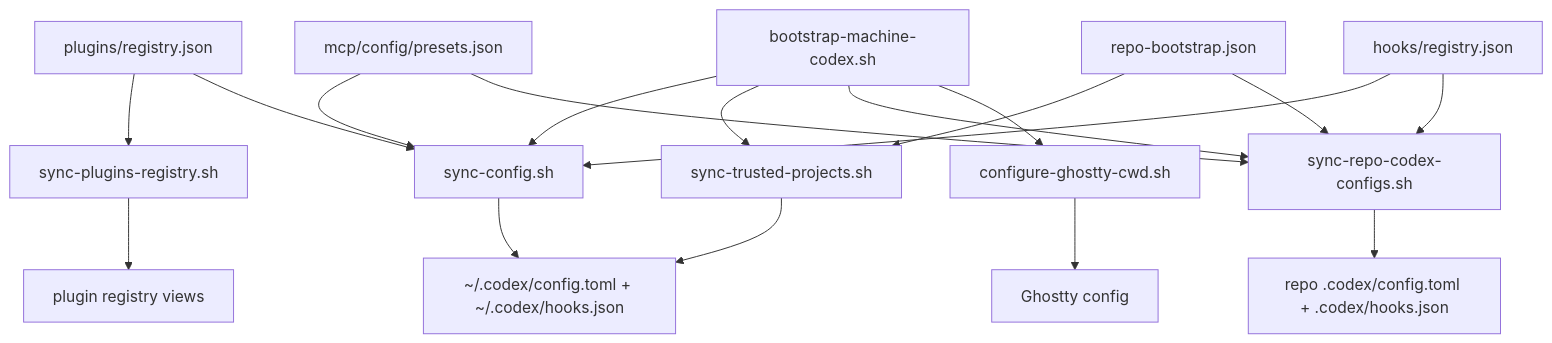
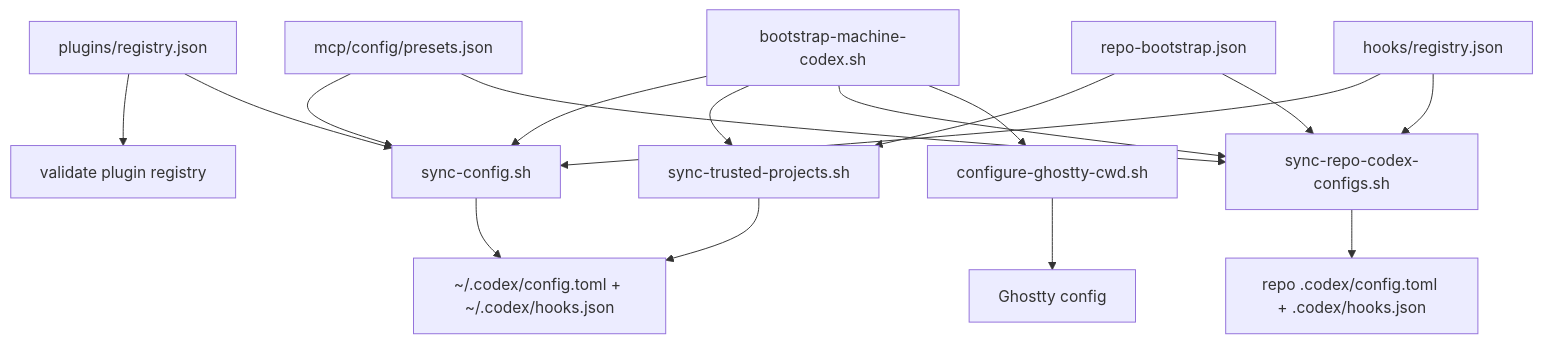
The first of 4 diagrams in docs/architecture/codex-control-plane-script-flows.md (wisdom-in-a-nutshell/.agents), drawn with Mermaid before and after one commit. The commit also changed other lines of this file and 134 other files, not shown here.

````diff
--- a/docs/architecture/codex-control-plane-script-flows.md
+++ b/docs/architecture/codex-control-plane-script-flows.md
@@ -11,20 +11,19 @@
 ```mermaid
 flowchart TD
-    P["plugins/registry.json"] --> Q["sync-plugins-registry.sh"]
+    P["plugins/registry.json"] --> Q["validate plugin registry"]
     P --> B["sync-config.sh"]
     A["bootstrap-machine-codex.sh"] --> B
     A --> C["sync-trusted-projects.sh"]
     A --> D["sync-repo-codex-configs.sh"]
     A --> E["configure-ghostty-cwd.sh"]
     R["repo-bootstrap.json"] --> C
     R --> D
     M["mcp/config/presets.json"] --> B
     M --> D
     H["hooks/registry.json"] --> B
     H --> D
     B --> F["~/.codex/config.toml + ~/.codex/hooks.json"]
     C --> F
     D --> G["repo .codex/config.toml + .codex/hooks.json"]
-    Q --> V["plugin registry views"]
     E --> I["Ghostty config"]
 ```
````
